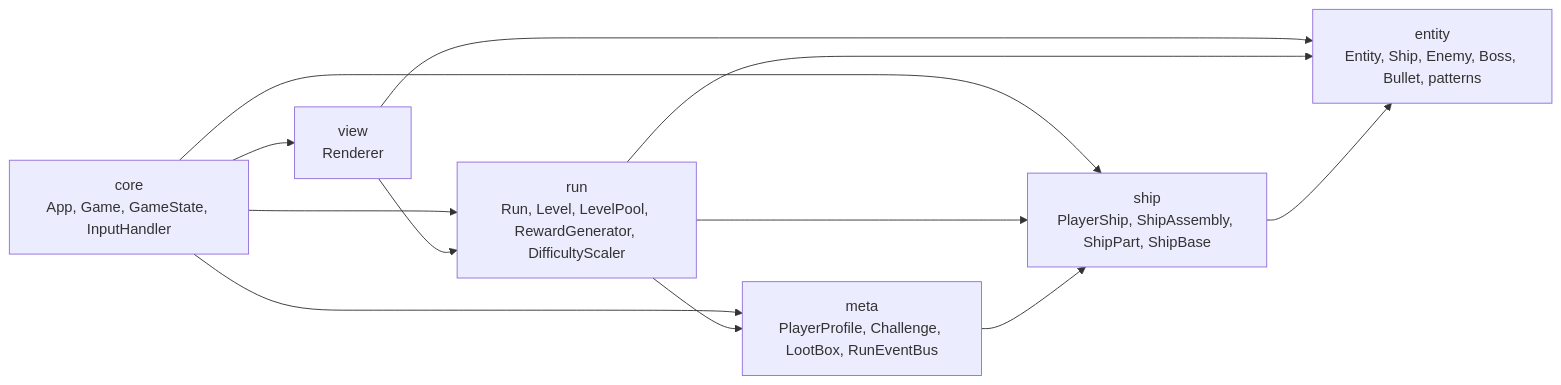
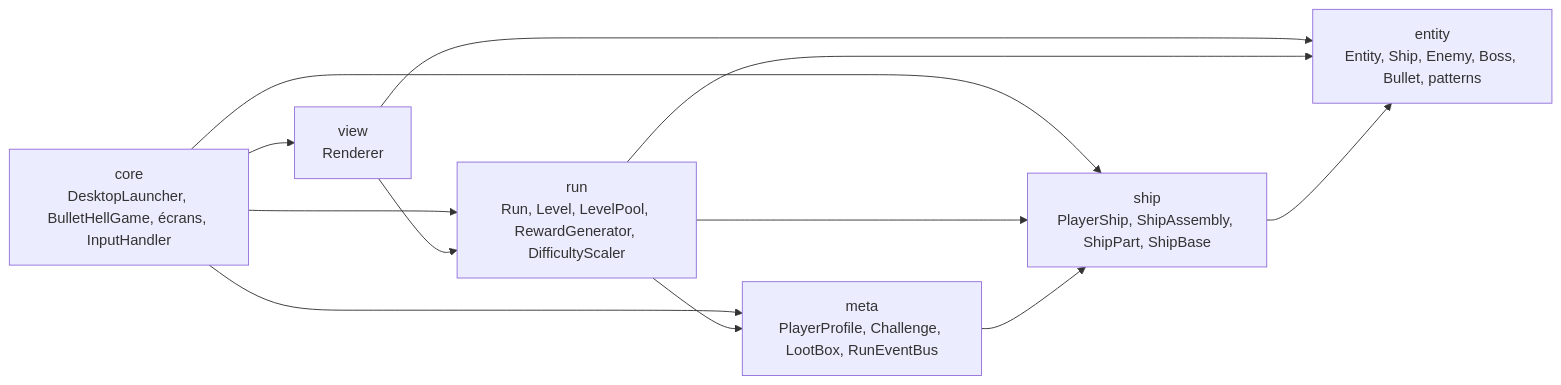
The second of 13 diagrams in content/2D-Game/ideas/pierre/Bullet hell roguelike - UML.md (Bisiaux-dev/public-vault), drawn with Mermaid before and after one commit. The commit also changed other lines of this file and 27 other files, not shown here.

````diff
--- a/content/2D-Game/ideas/pierre/Bullet hell roguelike - UML.md
+++ b/content/2D-Game/ideas/pierre/Bullet hell roguelike - UML.md
@@ -38,14 +38,14 @@
 ```mermaid
 flowchart LR
-    core["core<br/>App, Game, GameState, InputHandler"]
+    core["core<br/>DesktopLauncher, BulletHellGame, écrans, InputHandler"]
     view["view<br/>Renderer"]
     run["run<br/>Run, Level, LevelPool, RewardGenerator, DifficultyScaler"]
     meta["meta<br/>PlayerProfile, Challenge, LootBox, RunEventBus"]
     ship["ship<br/>PlayerShip, ShipAssembly, ShipPart, ShipBase"]
     entity["entity<br/>Entity, Ship, Enemy, Boss, Bullet, patterns"]
     core --> run & meta & view & ship
     view --> entity & run
     run --> meta & ship & entity
     meta --> ship
     ship --> entity
 ```
````
